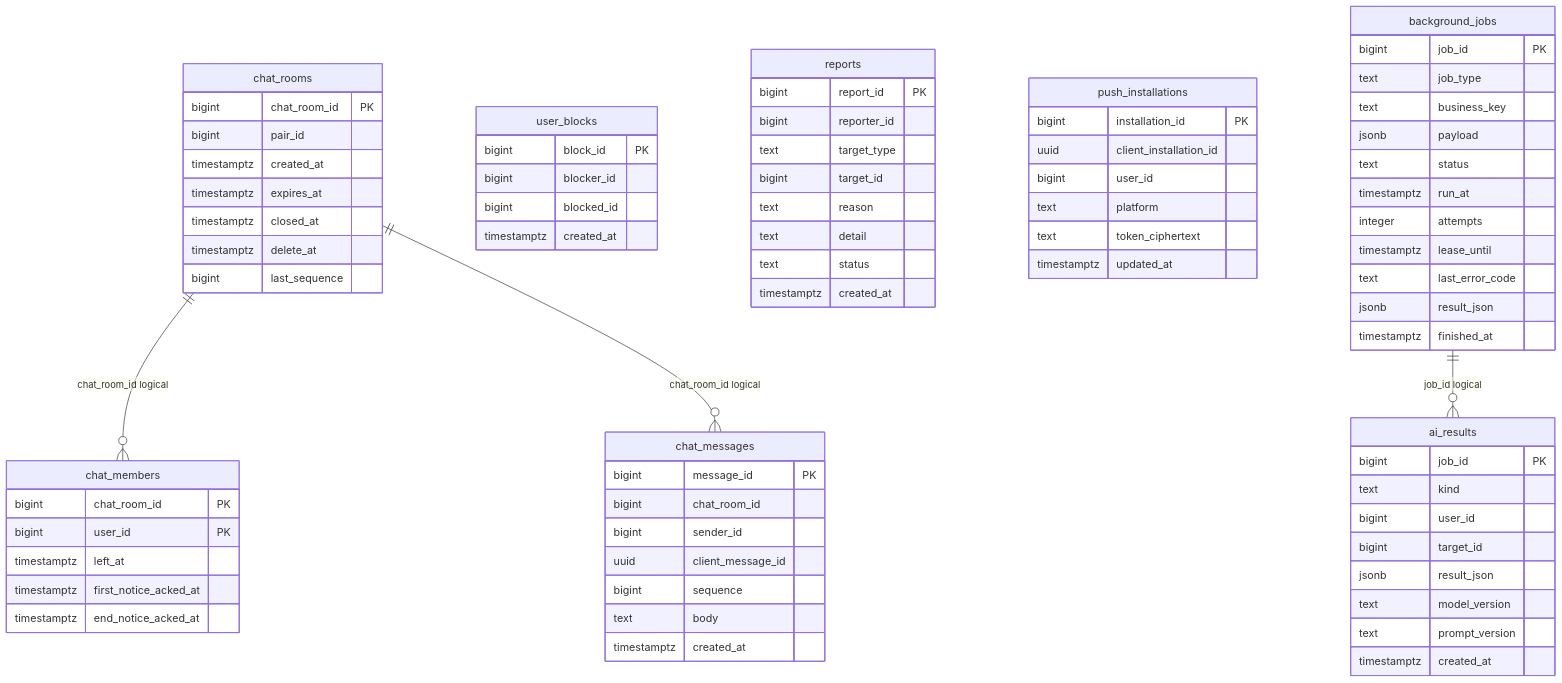
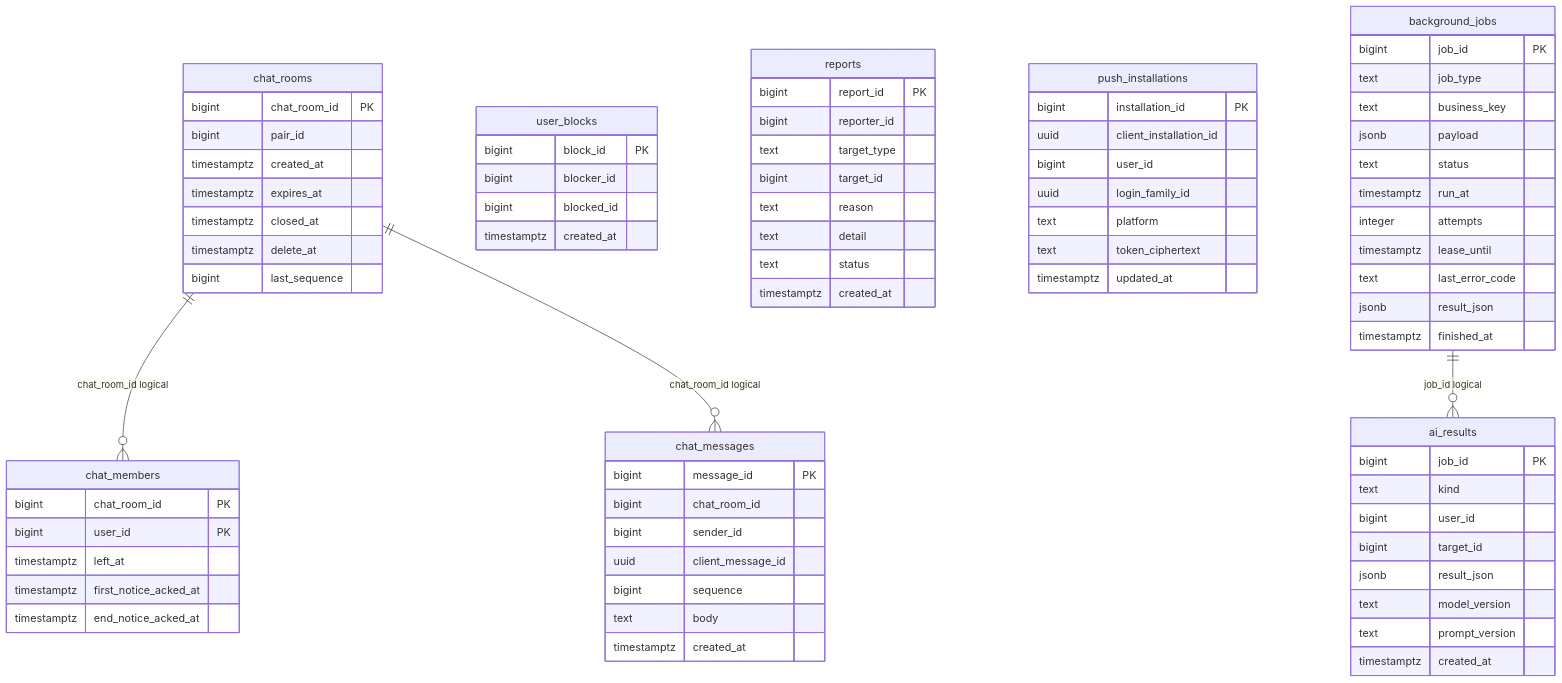
Before and after one commit to j-moo/Tingle: the fourth of 4 diagrams in docs/database/erd.md, drawn with Mermaid. The commit also changed other lines of this file and 33 other files, not shown here.

````diff
--- a/docs/database/erd.md
+++ b/docs/database/erd.md
@@ -223,78 +225,79 @@
 ```mermaid
 erDiagram
     chat_rooms {
         bigint chat_room_id PK
         bigint pair_id
         timestamptz created_at
         timestamptz expires_at
         timestamptz closed_at
         timestamptz delete_at
         bigint last_sequence
     }
     chat_members {
         bigint chat_room_id PK
         bigint user_id PK
         timestamptz left_at
         timestamptz first_notice_acked_at
         timestamptz end_notice_acked_at
     }
     chat_messages {
         bigint message_id PK
         bigint chat_room_id
         bigint sender_id
         uuid client_message_id
         bigint sequence
         text body
         timestamptz created_at
     }
     user_blocks {
         bigint block_id PK
         bigint blocker_id
         bigint blocked_id
         timestamptz created_at
     }
     reports {
         bigint report_id PK
         bigint reporter_id
         text target_type
         bigint target_id
         text reason
         text detail
         text status
         timestamptz created_at
     }
     ai_results {
         bigint job_id PK
         text kind
         bigint user_id
         bigint target_id
         jsonb result_json
         text model_version
         text prompt_version
         timestamptz created_at
     }
     push_installations {
         bigint installation_id PK
         uuid client_installation_id
         bigint user_id
+        uuid login_family_id
         text platform
         text token_ciphertext
         timestamptz updated_at
     }
     background_jobs {
         bigint job_id PK
         text job_type
         text business_key
         jsonb payload
         text status
         timestamptz run_at
         integer attempts
         timestamptz lease_until
         text last_error_code
         jsonb result_json
         timestamptz finished_at
     }
     chat_rooms ||--o{ chat_members : "chat_room_id logical"
     chat_rooms ||--o{ chat_messages : "chat_room_id logical"
     background_jobs ||--o{ ai_results : "job_id logical"
 ```
````
